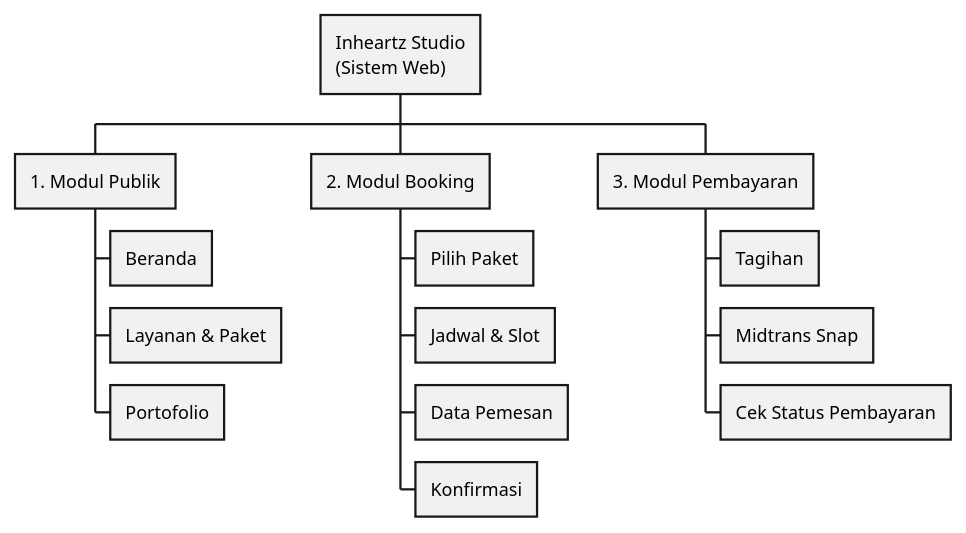
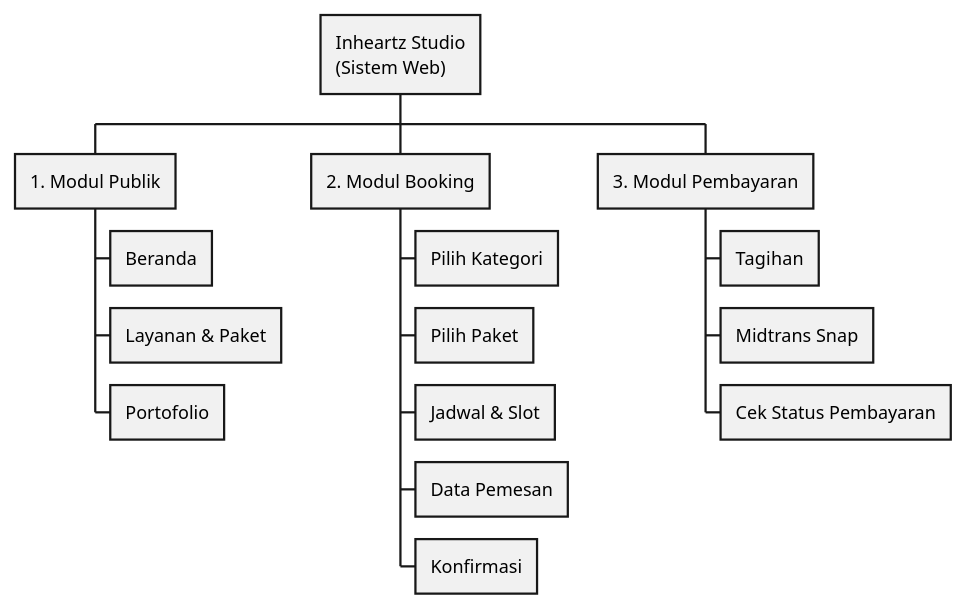
Before and after one commit to AkuPemulaCode/Studio-Visual: the diagram in diagrams/hipo-sederhana-hierarchy.puml, drawn with PlantUML. The commit also changed 29 other files, not shown here.

```diff
--- a/diagrams/hipo-sederhana-hierarchy.puml
+++ b/diagrams/hipo-sederhana-hierarchy.puml
@@ -1,21 +1,22 @@
 @startwbs HIPO-Sederhana-Hierarchy-Inheartz
 ' HIPO - Hierarchy Chart sederhana (versi ringkas untuk Bab 2)
 ' Render: https://www.plantuml.com/plantuml/uml  (paste)
 skinparam shadowing false
 skinparam defaultTextAlignment left
 
 * Inheartz Studio\n(Sistem Web)
 ** 1. Modul Publik
 *** Beranda
 *** Layanan & Paket
 *** Portofolio
 ** 2. Modul Booking
+*** Pilih Kategori
 *** Pilih Paket
 *** Jadwal & Slot
 *** Data Pemesan
 *** Konfirmasi
 ** 3. Modul Pembayaran
 *** Tagihan
 *** Midtrans Snap
 *** Cek Status Pembayaran
 @endwbs
```
